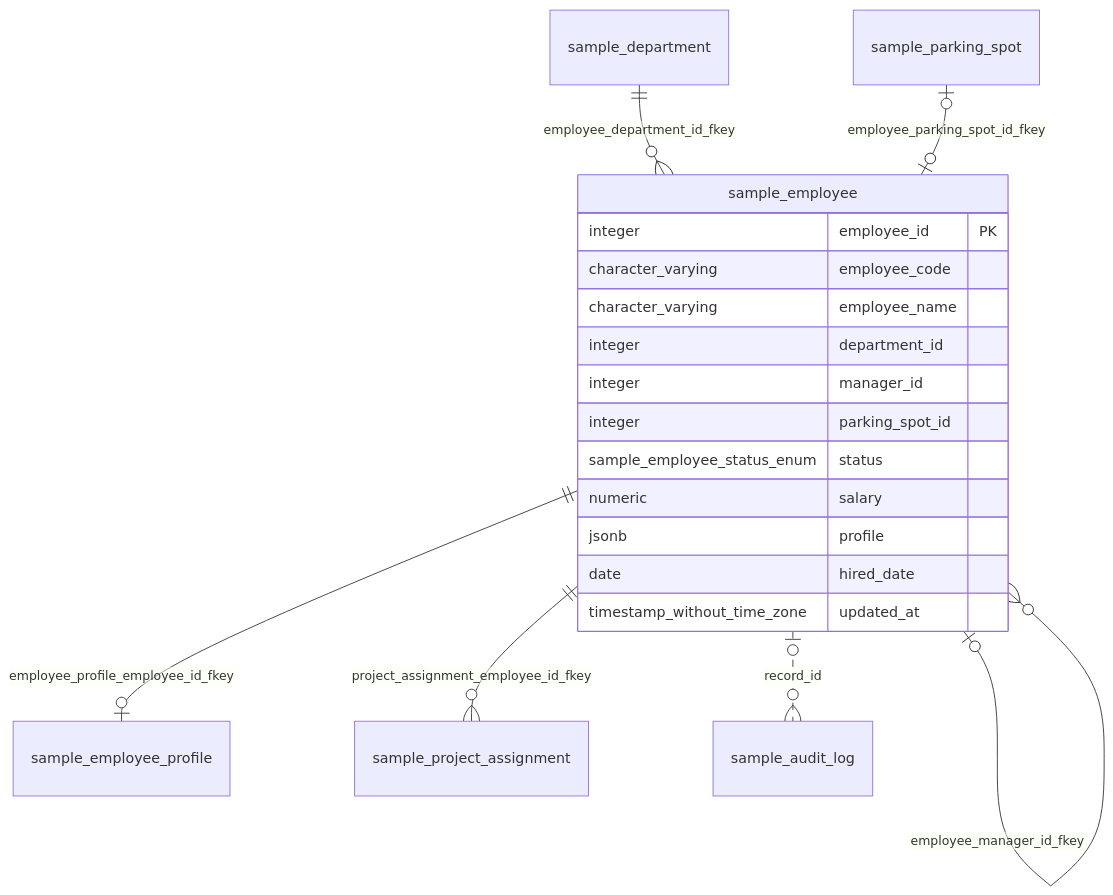
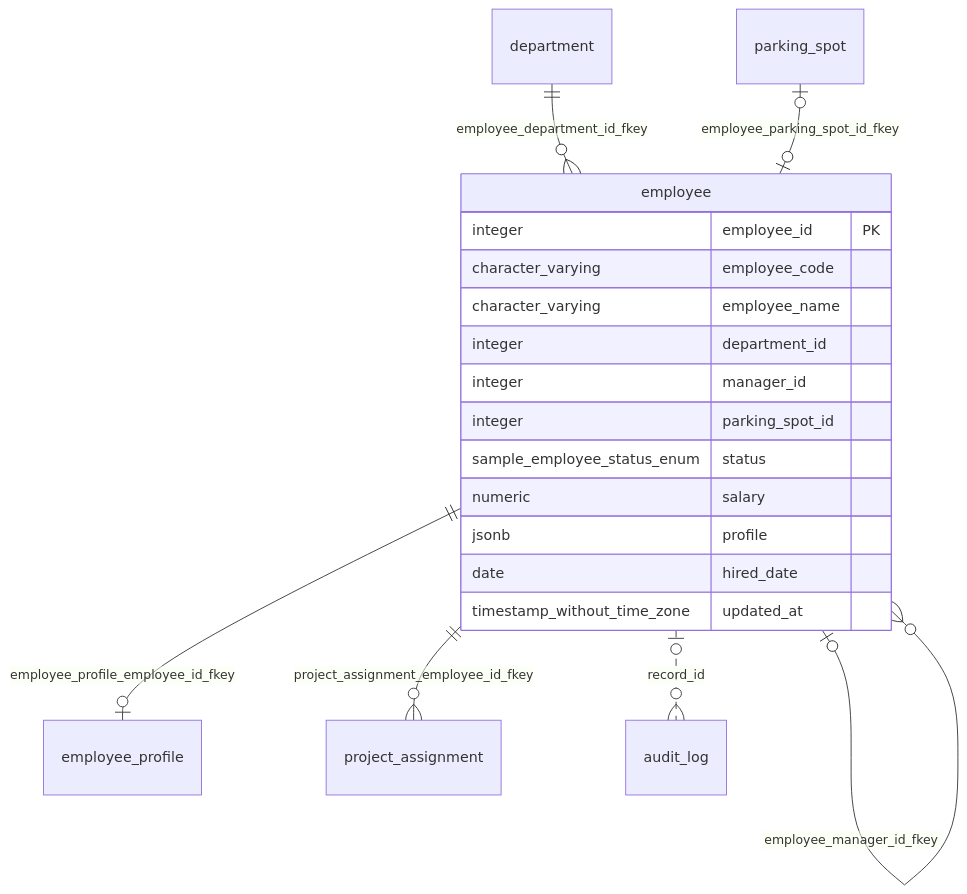
One commit to ebichan88/exportTableDefinition changed the diagram in docs/sample/postgres/output/testdb/sample/table/employee.md. Above: the diagram before and after it, drawn with Mermaid. The commit also changed other lines of this file and 46 other files, not shown here.

First line of the commit message:
ER図のエンティティ表示ラベルをMermaidの別名構文でテーブル名のみに簡素化

````diff
--- a/docs/sample/postgres/output/testdb/sample/table/employee.md
+++ b/docs/sample/postgres/output/testdb/sample/table/employee.md
@@ -77,22 +77,28 @@
 ```mermaid
 erDiagram
+    sample_employee["employee"]
+    sample_department["department"]
+    sample_parking_spot["parking_spot"]
+    sample_employee_profile["employee_profile"]
+    sample_project_assignment["project_assignment"]
+    sample_audit_log["audit_log"]
     sample_department ||--o{ sample_employee : "employee_department_id_fkey"
     sample_employee |o--o{ sample_employee : "employee_manager_id_fkey"
     sample_parking_spot |o--o| sample_employee : "employee_parking_spot_id_fkey"
     sample_employee ||--o| sample_employee_profile : "employee_profile_employee_id_fkey"
     sample_employee ||--o{ sample_project_assignment : "project_assignment_employee_id_fkey"
     sample_employee |o..o{ sample_audit_log : "record_id"
     sample_employee {
         integer employee_id PK
         character_varying employee_code
         character_varying employee_name
         integer department_id
         integer manager_id
         integer parking_spot_id
         sample_employee_status_enum status
         numeric salary
         jsonb profile
         date hired_date
         timestamp_without_time_zone updated_at
     }
 ```
````
